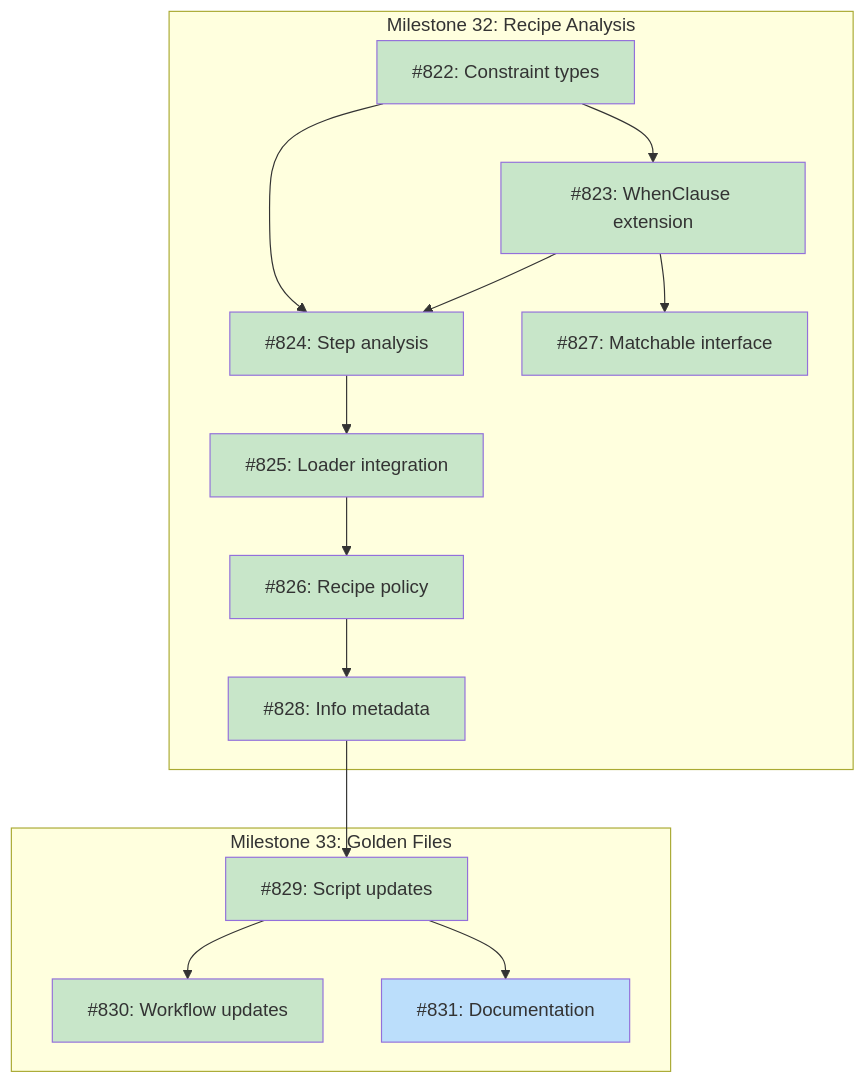
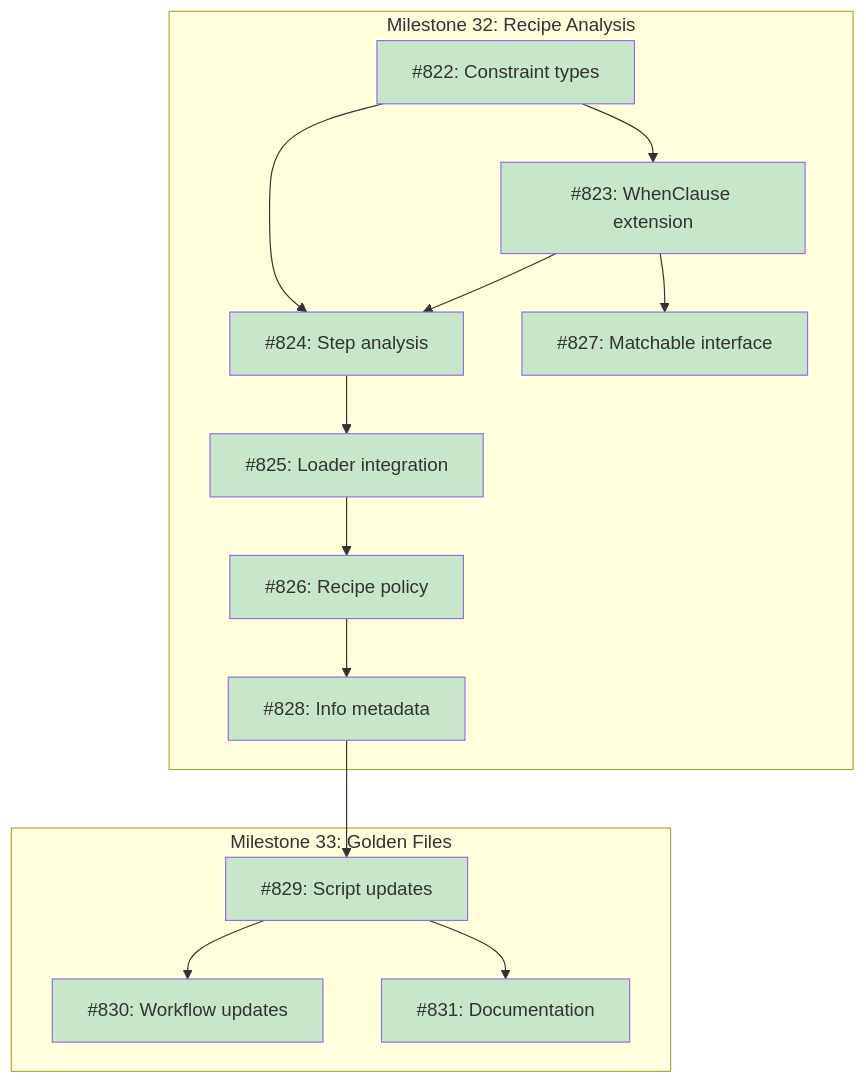
The diagram in docs/DESIGN-golden-family-support.md (tsukumogami/tsuku), drawn with Mermaid before and after one commit. The commit also changed 1 other file, not shown here.

Commit message:
docs: add golden file family guidance to CONTRIBUTING.md (#841)
Add new "Golden File Families" subsection to CONTRIBUTING.md explaining
how golden files work for family-aware and family-agnostic recipes.
Documents file naming conventions, regeneration workflow, and recipe
transition scenarios. Also update the design diagram to mark issue 831
as complete.

````diff
--- a/docs/DESIGN-golden-family-support.md
+++ b/docs/DESIGN-golden-family-support.md
@@ -31,37 +31,36 @@
 ```mermaid
 graph TD
     subgraph M32["Milestone 32: Recipe Analysis"]
         I822["#822: Constraint types"]
         I823["#823: WhenClause extension"]
         I824["#824: Step analysis"]
         I825["#825: Loader integration"]
         I826["#826: Recipe policy"]
         I827["#827: Matchable interface"]
         I828["#828: Info metadata"]
     end
 
     subgraph M33["Milestone 33: Golden Files"]
         I829["#829: Script updates"]
         I830["#830: Workflow updates"]
         I831["#831: Documentation"]
     end
 
     I822 --> I823
     I822 --> I824
     I823 --> I824
     I823 --> I827
     I824 --> I825
     I825 --> I826
     I826 --> I828
     I828 --> I829
     I829 --> I830
     I829 --> I831
 
     classDef done fill:#c8e6c9
     classDef ready fill:#bbdefb
     classDef blocked fill:#fff9c4
     classDef needsDesign fill:#e1bee7
 
-    class I822,I823,I824,I825,I826,I827,I828,I829,I830 done
-    class I831 ready
+    class I822,I823,I824,I825,I826,I827,I828,I829,I830,I831 done
 ```
````
